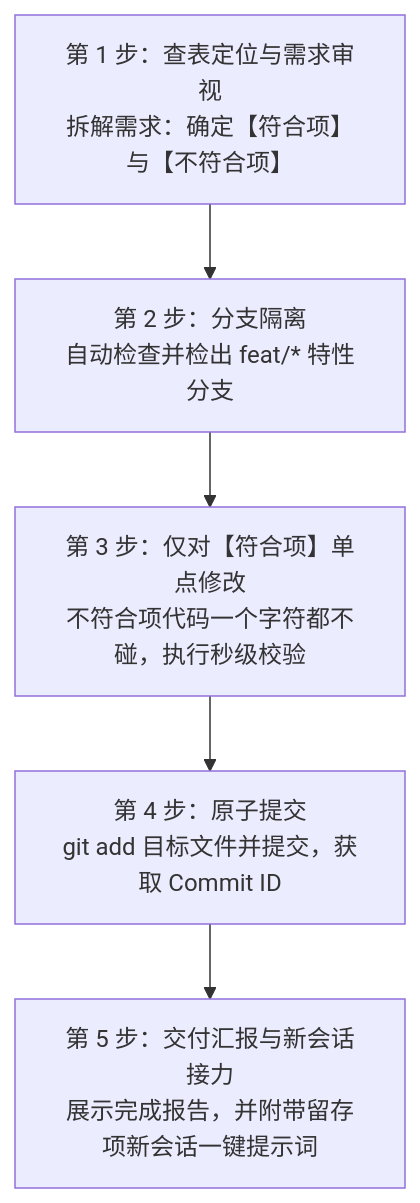
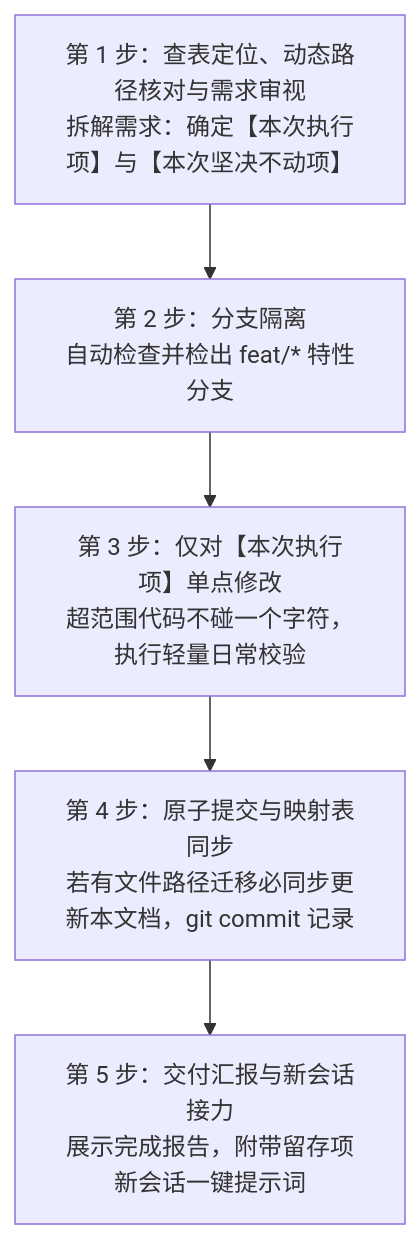
One commit to gubei2736/Bili-Player changed the diagram in docs/ISOLATION_DEV_GUIDE.md. Above: the diagram before and after it, drawn with Mermaid. The commit also changed other lines of this file, not shown here.

````diff
--- a/docs/ISOLATION_DEV_GUIDE.md
+++ b/docs/ISOLATION_DEV_GUIDE.md
@@ -25,7 +25,7 @@
 ```mermaid
 flowchart TD
-    S1["第 1 步：查表定位与需求审视<br/>拆解需求：确定【符合项】与【不符合项】"] --> S2["第 2 步：分支隔离<br/>自动检查并检出 feat/* 特性分支"]
-    S2 --> S3["第 3 步：仅对【符合项】单点修改<br/>不符合项代码一个字符都不碰，执行秒级校验"]
-    S3 --> S4["第 4 步：原子提交<br/>git add 目标文件并提交，获取 Commit ID"]
-    S4 --> S5["第 5 步：交付汇报与新会话接力<br/>展示完成报告，并附带留存项新会话一键提示词"]
+    S1["第 1 步：查表定位、动态路径核对与需求审视<br/>拆解需求：确定【本次执行项】与【本次坚决不动项】"] --> S2["第 2 步：分支隔离<br/>自动检查并检出 feat/* 特性分支"]
+    S2 --> S3["第 3 步：仅对【本次执行项】单点修改<br/>超范围代码不碰一个字符，执行轻量日常校验"]
+    S3 --> S4["第 4 步：原子提交与映射表同步<br/>若有文件路径迁移必同步更新本文档，git commit 记录"]
+    S4 --> S5["第 5 步：交付汇报与新会话接力<br/>展示完成报告，附带留存项新会话一键提示词"]
 ```
````
